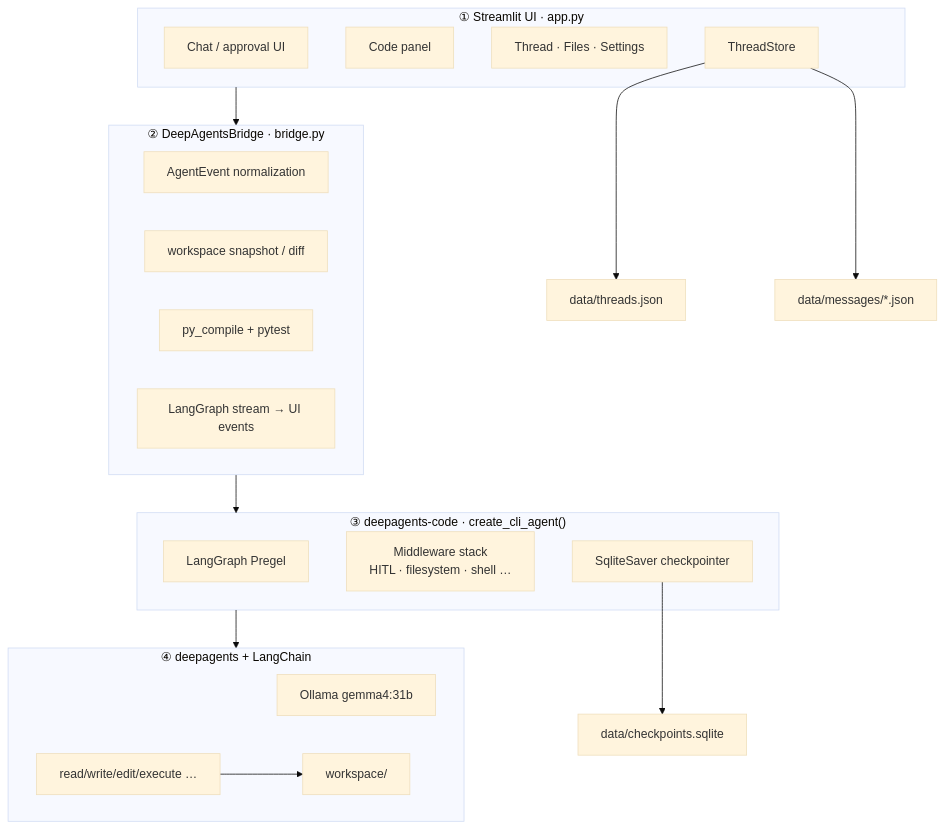
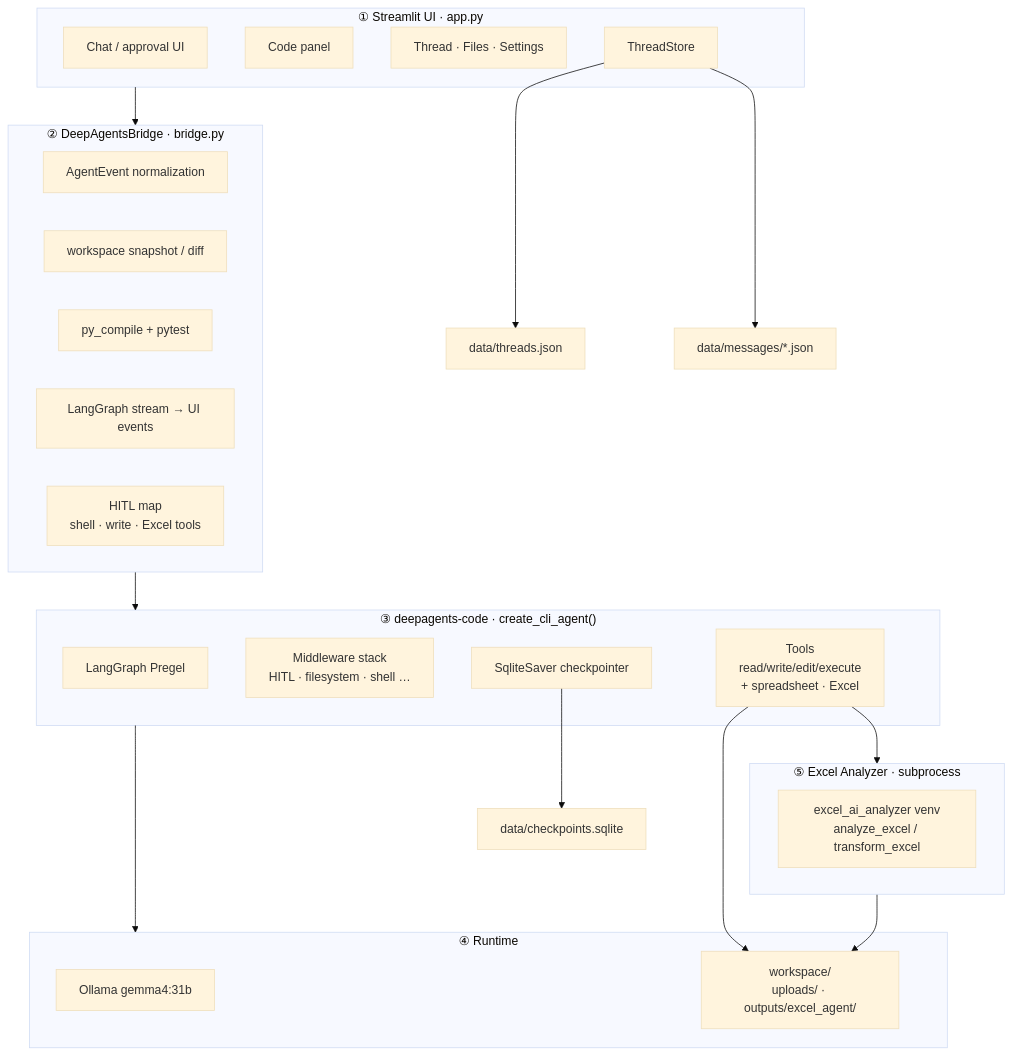
The diagram in README.en.md (eunbijoel/coding_agent), drawn with Mermaid (base theme) before and after one commit. The commit also changed 1 other file, not shown here.

Commit message:
Update README architecture diagrams for Excel and uploads.
Show Excel HITL/tools, the Analyzer subprocess, and workspace uploads/outputs paths.

````diff
--- a/README.en.md
+++ b/README.en.md
@@ -11,36 +11,43 @@
 ```mermaid
 flowchart TB
     subgraph UI["① Streamlit UI · app.py"]
         Chat["Chat / approval UI"]
         Editor["Code panel"]
         Sidebar["Thread · Files · Settings"]
         ThreadStore["ThreadStore"]
     end
 
     subgraph Bridge["② DeepAgentsBridge · bridge.py"]
         Events["AgentEvent normalization"]
         Snap["workspace snapshot / diff"]
         Verify["py_compile + pytest"]
         Map["LangGraph stream → UI events"]
+        HITL["HITL map<br/>shell · write · Excel tools"]
     end
 
     subgraph DCode["③ deepagents-code · create_cli_agent()"]
         Graph["LangGraph Pregel"]
         MW["Middleware stack<br/>HITL · filesystem · shell …"]
         CP["SqliteSaver checkpointer"]
+        Tools["Tools<br/>read/write/edit/execute<br/>+ spreadsheet · Excel"]
     end
 
-    subgraph Runtime["④ deepagents + LangChain"]
+    subgraph Runtime["④ Runtime"]
         Model["Ollama gemma4:31b"]
-        Hands["read/write/edit/execute …"]
-        WS["workspace/"]
+        WS["workspace/<br/>uploads/ · outputs/excel_agent/"]
+    end
+
+    subgraph Excel["⑤ Excel Analyzer · subprocess"]
+        Venv["excel_ai_analyzer venv<br/>analyze_excel / transform_excel"]
     end
 
     UI --> Bridge
     Bridge --> DCode
     DCode --> Runtime
-    Hands --> WS
+    Tools --> WS
+    Tools --> Excel
+    Excel --> WS
     ThreadStore --> ThreadsIdx["data/threads.json"]
     ThreadStore --> MsgData["data/messages/*.json"]
     CP --> Data["data/checkpoints.sqlite"]
 ```
````
